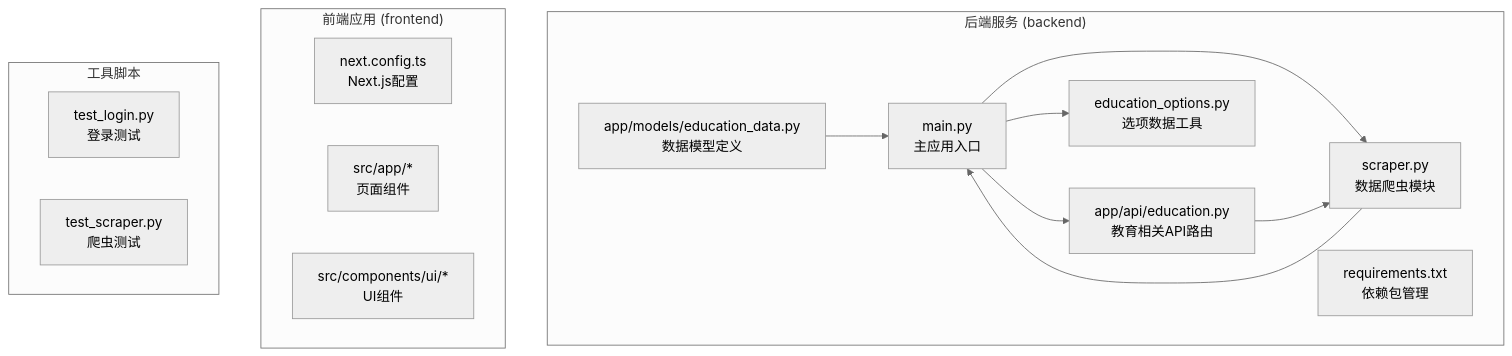
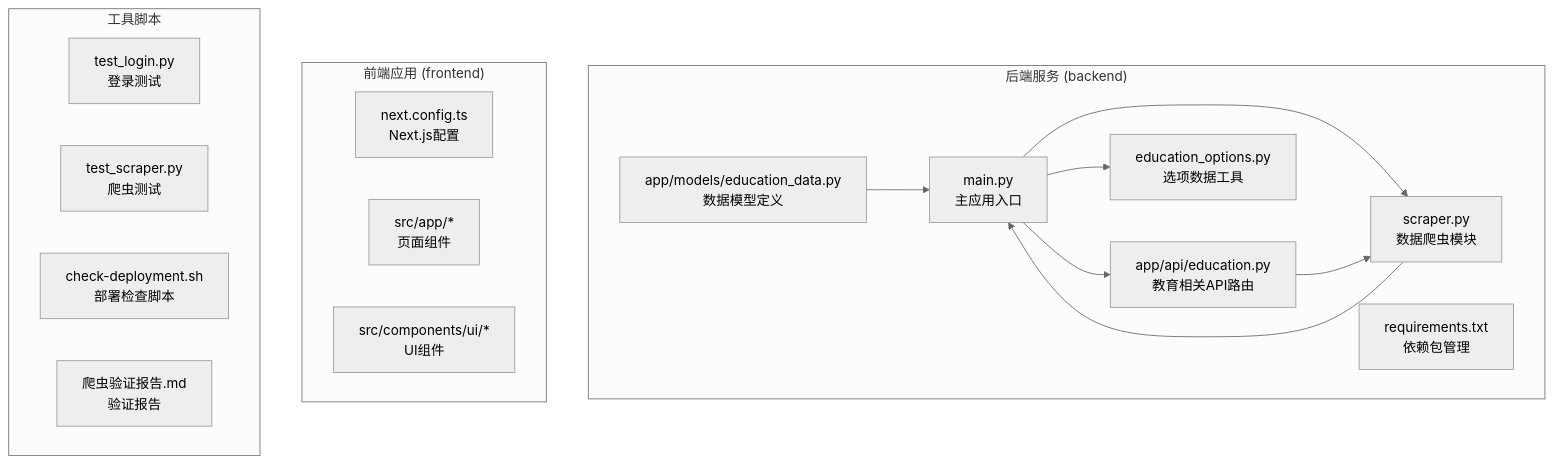
The first of 9 diagrams in .qoder/repowiki/zh/content/后端API文档/学术数据查询API/培养方案查询API.md (ghbbn053-ship-itsoulddog/soulddog), drawn with Mermaid (neutral theme) before and after one commit. The commit also changed other lines of this file and 5 other files, not shown here.

````diff
--- a/.qoder/repowiki/zh/content/后端API文档/学术数据查询API/培养方案查询API.md
+++ b/.qoder/repowiki/zh/content/后端API文档/学术数据查询API/培养方案查询API.md
@@ -49,26 +52,28 @@
 ```mermaid
 graph TB
 subgraph "后端服务 (backend)"
 A[main.py<br/>主应用入口]
 B[scraper.py<br/>数据爬虫模块]
 C[app/api/education.py<br/>教育相关API路由]
 D[app/models/education_data.py<br/>数据模型定义]
 E[education_options.py<br/>选项数据工具]
 F[requirements.txt<br/>依赖包管理]
 end
 subgraph "前端应用 (frontend)"
 G[next.config.ts<br/>Next.js配置]
 H[src/app/*<br/>页面组件]
 I[src/components/ui/*<br/>UI组件]
 end
 subgraph "工具脚本"
 J[test_login.py<br/>登录测试]
 K[test_scraper.py<br/>爬虫测试]
+L[check-deployment.sh<br/>部署检查脚本]
+M[爬虫验证报告.md<br/>验证报告]
 end
 A --> B
 A --> C
 A --> E
 C --> B
 D --> A
 B --> A
 ```
````
